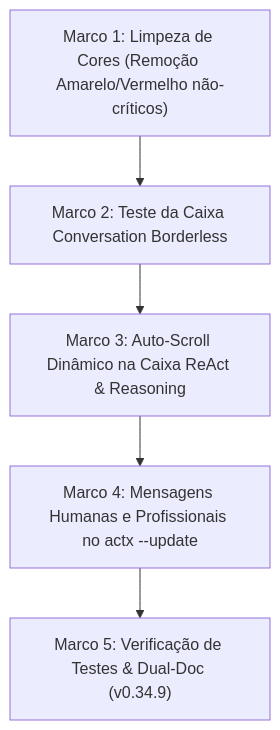
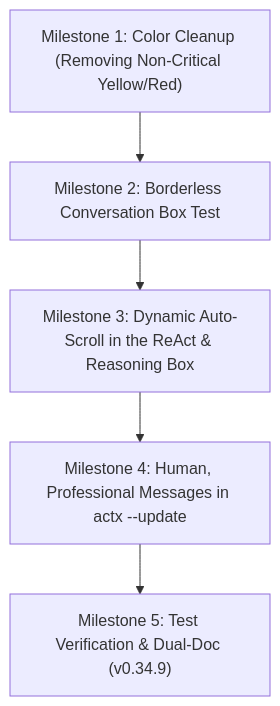
One commit to Levix-Digital/any-context changed the diagram in docs/plans/anycontext_blueprint_v0349_harmonizacao_aurora_boreal_na_tui_auto_scroll_react_e_mensagens_profissionais_de_atualizacao.md. Above: the diagram before and after it, drawn with Mermaid. The commit also changed other lines of this file, not shown here.

````diff
--- a/docs/plans/anycontext_blueprint_v0349_harmonizacao_aurora_boreal_na_tui_auto_scroll_react_e_mensagens_profissionais_de_atualizacao.md
+++ b/docs/plans/anycontext_blueprint_v0349_harmonizacao_aurora_boreal_na_tui_auto_scroll_react_e_mensagens_profissionais_de_atualizacao.md
@@ -166,7 +166,7 @@
 ```mermaid
 flowchart TD
-    M1["Marco 1: Limpeza de Cores (Remoção Amarelo/Vermelho não-críticos)"] --> M2["Marco 2: Teste da Caixa Conversation Borderless"]
-    M2 --> M3["Marco 3: Auto-Scroll Dinâmico na Caixa ReAct & Reasoning"]
-    M3 --> M4["Marco 4: Mensagens Humanas e Profissionais no actx --update"]
-    M4 --> M5["Marco 5: Verificação de Testes & Dual-Doc (v0.34.9)"]
+    M1["Milestone 1: Color Cleanup (Removing Non-Critical Yellow/Red)"] --> M2["Milestone 2: Borderless Conversation Box Test"]
+    M2 --> M3["Milestone 3: Dynamic Auto-Scroll in the ReAct & Reasoning Box"]
+    M3 --> M4["Milestone 4: Human, Professional Messages in actx --update"]
+    M4 --> M5["Milestone 5: Test Verification & Dual-Doc (v0.34.9)"]
 ```
````
